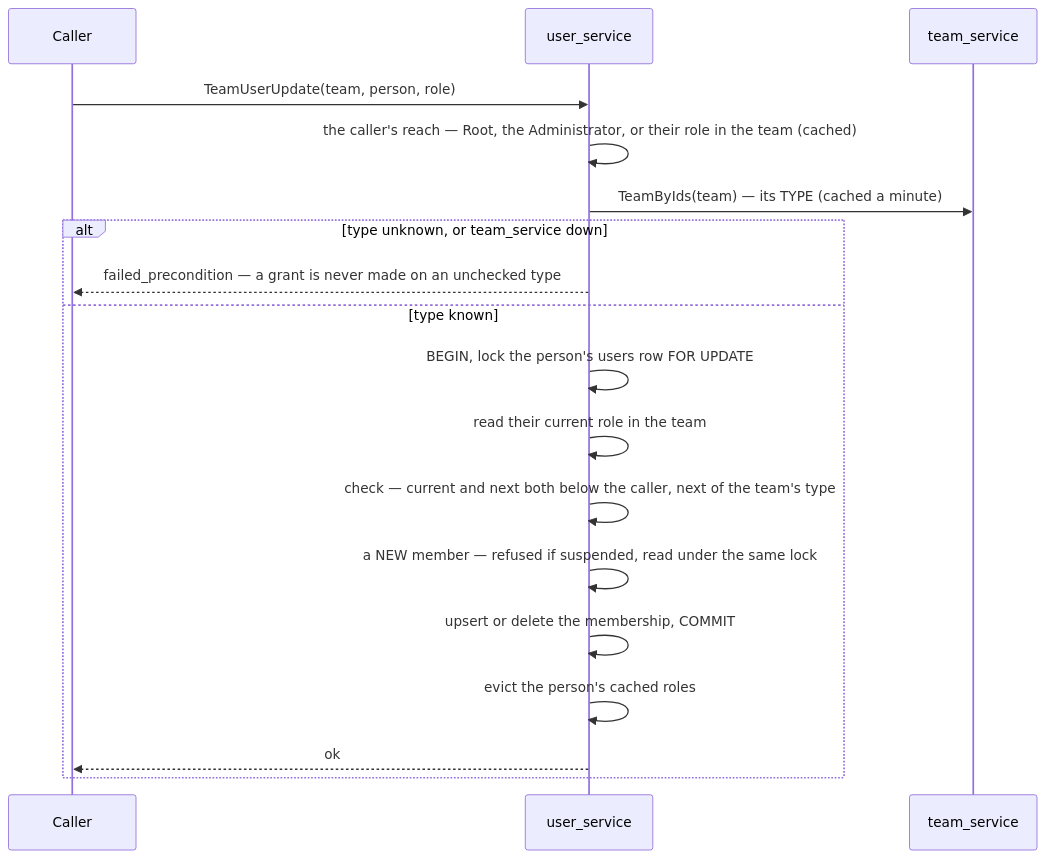
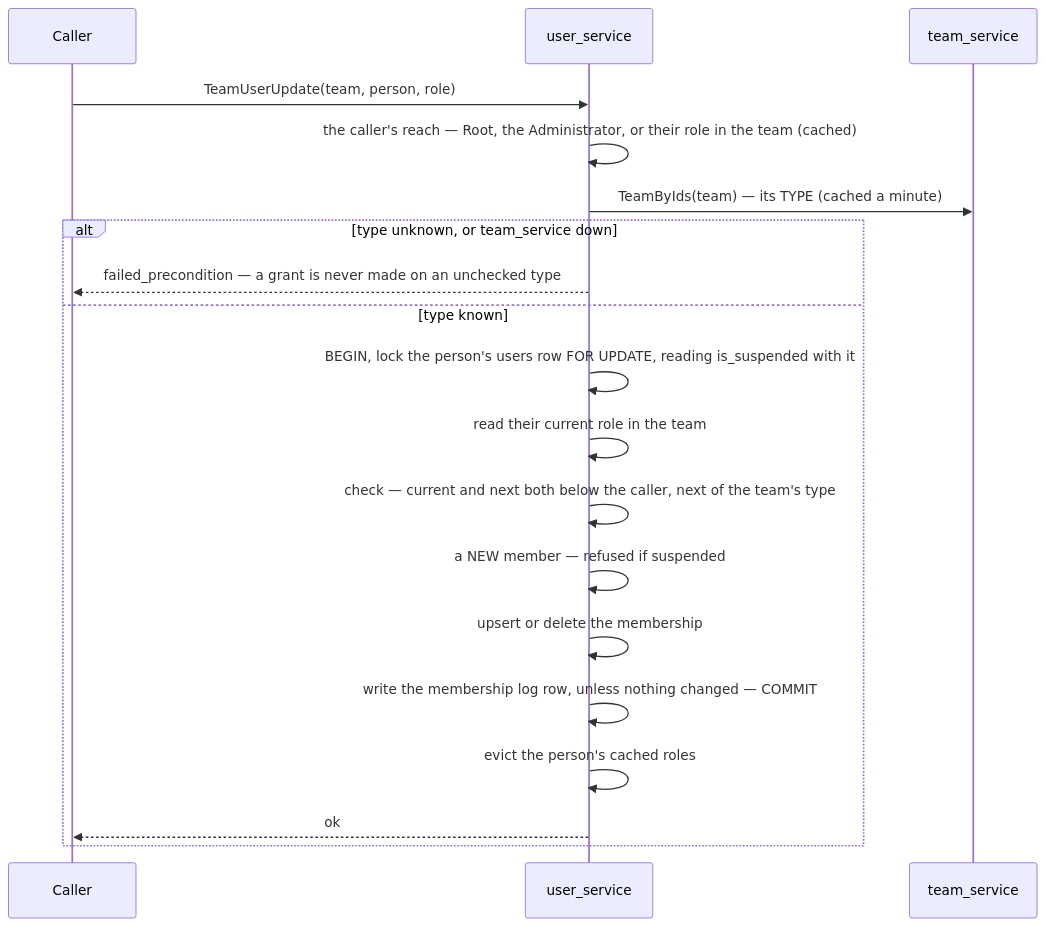
Before and after one commit to pdcgo/warehouse_revamp: the first of 3 diagrams in docs/services/user_service/rpc.md, drawn with Mermaid. The commit also changed other lines of this file and 26 other files, not shown here.

First line of the commit message:
user: the membership log - every add, role change and removal is a row (every-role-change-is-logged)

````diff
--- a/docs/services/user_service/rpc.md
+++ b/docs/services/user_service/rpc.md
@@ -16,20 +16,21 @@
 ```mermaid
 sequenceDiagram
     participant C as Caller
     participant U as user_service
     participant T as team_service
     C->>U: TeamUserUpdate(team, person, role)
     U->>U: the caller's reach — Root, the Administrator, or their role in the team (cached)
     U->>T: TeamByIds(team) — its TYPE (cached a minute)
     alt type unknown, or team_service down
         U-->>C: failed_precondition — a grant is never made on an unchecked type
     else type known
-        U->>U: BEGIN, lock the person's users row FOR UPDATE
+        U->>U: BEGIN, lock the person's users row FOR UPDATE, reading is_suspended with it
         U->>U: read their current role in the team
         U->>U: check — current and next both below the caller, next of the team's type
-        U->>U: a NEW member — refused if suspended, read under the same lock
-        U->>U: upsert or delete the membership, COMMIT
+        U->>U: a NEW member — refused if suspended
+        U->>U: upsert or delete the membership
+        U->>U: write the membership log row, unless nothing changed — COMMIT
         U->>U: evict the person's cached roles
         U-->>C: ok
     end
 ```
````
